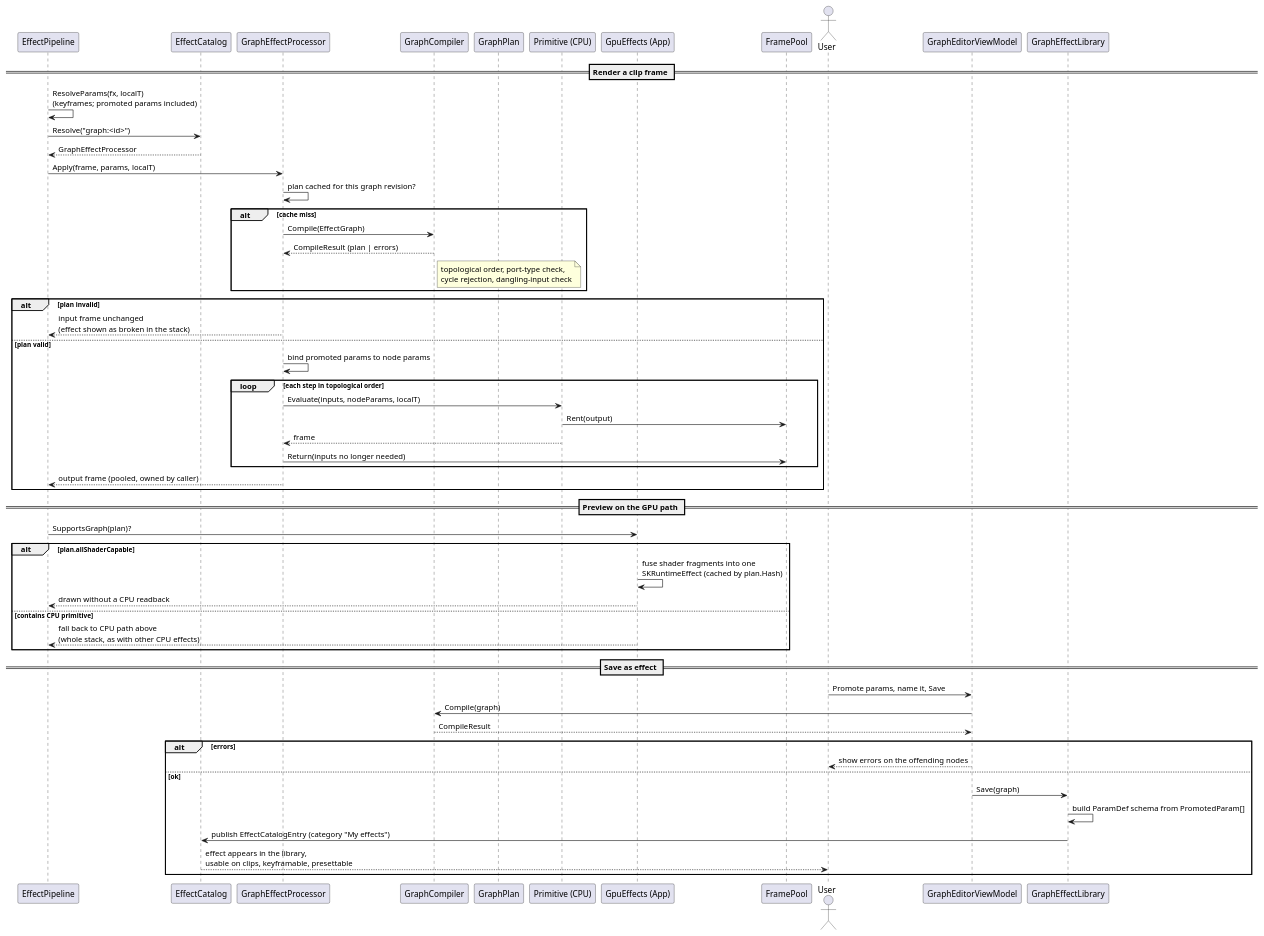
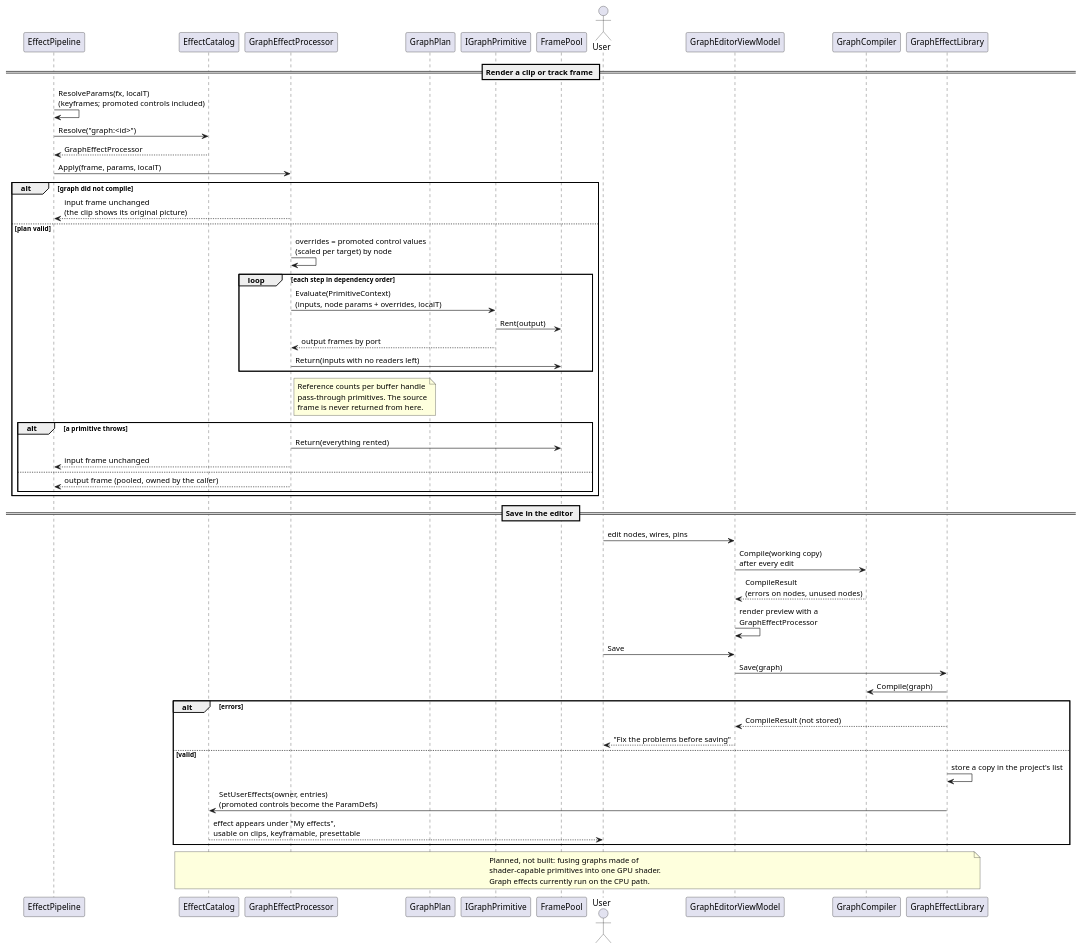
Before and after one commit to Die-Banane/Fig: the diagram in uml/media/effects-graph-pipeline.puml, drawn with PlantUML. The commit also changed 147 other files, not shown here.

```diff
--- a/uml/media/effects-graph-pipeline.puml
+++ b/uml/media/effects-graph-pipeline.puml
@@ -1,69 +1,69 @@
 @startuml
 ' fig Effect graphs: how a graph effect renders (preview + export) and how it is saved.
 skinparam sequenceMessageAlign left
 
 participant "EffectPipeline" as P
 participant "EffectCatalog" as C
 participant "GraphEffectProcessor" as G
-participant "GraphCompiler" as K
 participant "GraphPlan" as Plan
-participant "Primitive (CPU)" as Cpu
-participant "GpuEffects (App)" as Gpu
+participant "IGraphPrimitive" as Prim
 participant "FramePool" as Pool
 
-== Render a clip frame ==
-P -> P : ResolveParams(fx, localT)\n(keyframes; promoted params included)
+== Render a clip or track frame ==
+P -> P : ResolveParams(fx, localT)\n(keyframes; promoted controls included)
 P -> C : Resolve("graph:<id>")
 C --> P : GraphEffectProcessor
 P -> G : Apply(frame, params, localT)
 
-G -> G : plan cached for this graph revision?
-alt cache miss
-  G -> K : Compile(EffectGraph)
-  K --> G : CompileResult (plan | errors)
-  note right of K
-    topological order, port-type check,
-    cycle rejection, dangling-input check
+alt graph did not compile
+  G --> P : input frame unchanged\n(the clip shows its original picture)
+else plan valid
+  G -> G : overrides = promoted control values\n(scaled per target) by node
+  loop each step in dependency order
+    G -> Prim : Evaluate(PrimitiveContext)\n(inputs, node params + overrides, localT)
+    Prim -> Pool : Rent(output)
+    Prim --> G : output frames by port
+    G -> Pool : Return(inputs with no readers left)
+  end
+  note right of G
+    Reference counts per buffer handle
+    pass-through primitives. The source
+    frame is never returned from here.
   end note
+  alt a primitive throws
+    G -> Pool : Return(everything rented)
+    G --> P : input frame unchanged
+  else
+    G --> P : output frame (pooled, owned by the caller)
+  end
 end
 
-alt plan invalid
-  G --> P : input frame unchanged\n(effect shown as broken in the stack)
-else plan valid
-  G -> G : bind promoted params to node params
-  loop each step in topological order
-    G -> Cpu : Evaluate(inputs, nodeParams, localT)
-    Cpu -> Pool : Rent(output)
-    Cpu --> G : frame
-    G -> Pool : Return(inputs no longer needed)
-  end
-  G --> P : output frame (pooled, owned by caller)
+== Save in the editor ==
+actor User
+participant "GraphEditorViewModel" as VM
+participant "GraphCompiler" as K
+participant "GraphEffectLibrary" as Lib
+
+User -> VM : edit nodes, wires, pins
+VM -> K : Compile(working copy)\nafter every edit
+K --> VM : CompileResult\n(errors on nodes, unused nodes)
+VM -> VM : render preview with a\nGraphEffectProcessor
+User -> VM : Save
+VM -> Lib : Save(graph)
+Lib -> K : Compile(graph)
+alt errors
+  Lib --> VM : CompileResult (not stored)
+  VM --> User : "Fix the problems before saving"
+else valid
+  Lib -> Lib : store a copy in the project's list
+  Lib -> C : SetUserEffects(owner, entries)\n(promoted controls become the ParamDefs)
+  C --> User : effect appears under "My effects",\nusable on clips, keyframable, presettable
 end
 
-== Preview on the GPU path ==
-P -> Gpu : SupportsGraph(plan)?
-alt plan.allShaderCapable
-  Gpu -> Gpu : fuse shader fragments into one\nSKRuntimeEffect (cached by plan.Hash)
-  Gpu --> P : drawn without a CPU readback
-else contains CPU primitive
-  Gpu --> P : fall back to CPU path above\n(whole stack, as with other CPU effects)
-end
-
-== Save as effect ==
-actor User
-participant "GraphEditorViewModel" as VM
-participant "GraphEffectLibrary" as Lib
-
-User -> VM : Promote params, name it, Save
-VM -> K : Compile(graph)
-K --> VM : CompileResult
-alt errors
-  VM --> User : show errors on the offending nodes
-else ok
-  VM -> Lib : Save(graph)
-  Lib -> Lib : build ParamDef schema from PromotedParam[]
-  Lib -> C : publish EffectCatalogEntry (category "My effects")
-  C --> User : effect appears in the library,\nusable on clips, keyframable, presettable
-end
+note over Lib, C
+  Planned, not built: fusing graphs made of
+  shader-capable primitives into one GPU shader.
+  Graph effects currently run on the CPU path.
+end note
 
 @enduml
```
